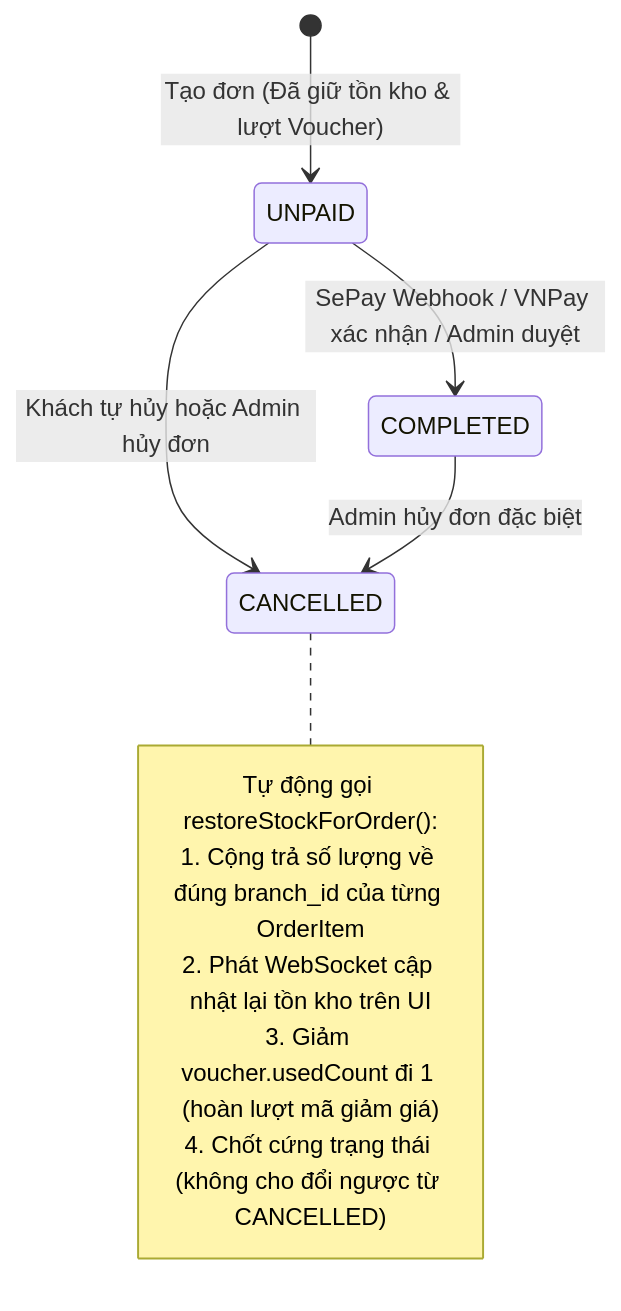
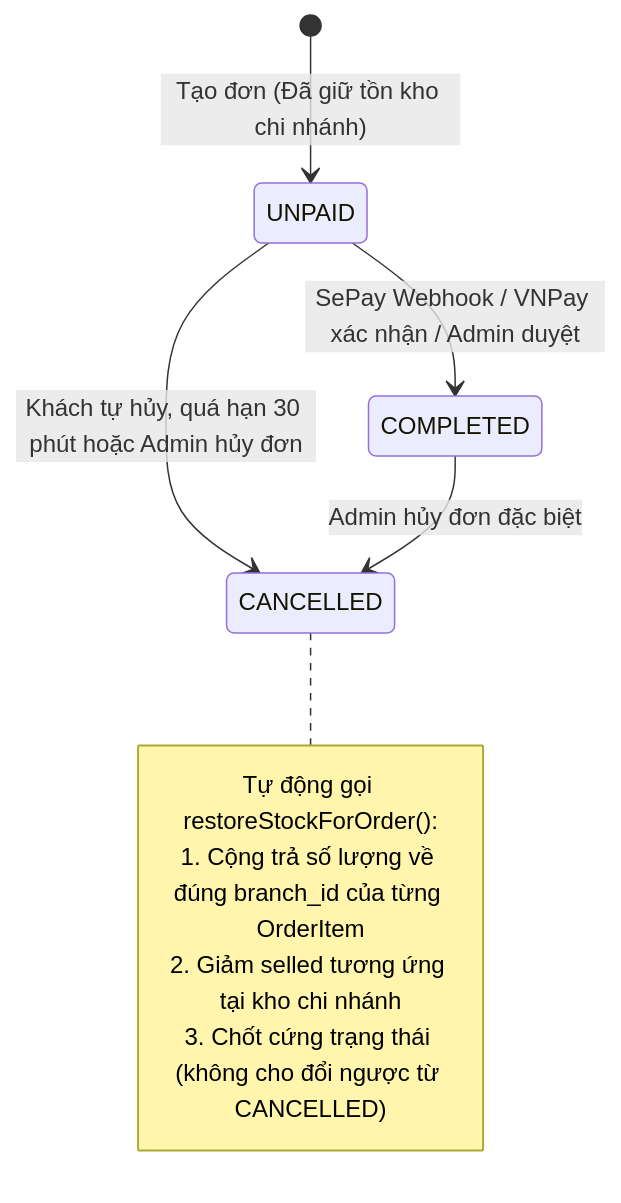
One commit to vankhuong-ui/BE_Computer changed the second of 2 diagrams in doc/flows/02-luong-gio-hang-dat-hang-kho-da-co-so.md. Above: the diagram before and after it, drawn with Mermaid. The commit also changed other lines of this file and 8 other files, not shown here.

````diff
--- a/doc/flows/02-luong-gio-hang-dat-hang-kho-da-co-so.md
+++ b/doc/flows/02-luong-gio-hang-dat-hang-kho-da-co-so.md
@@ -60,15 +53,14 @@
 ```mermaid
 stateDiagram-v2
-    [*] --> UNPAID : Tạo đơn (Đã giữ tồn kho & lượt Voucher)
+    [*] --> UNPAID : Tạo đơn (Đã giữ tồn kho chi nhánh)
     UNPAID --> COMPLETED : SePay Webhook / VNPay xác nhận / Admin duyệt
-    UNPAID --> CANCELLED : Khách tự hủy hoặc Admin hủy đơn
+    UNPAID --> CANCELLED : Khách tự hủy, quá hạn 30 phút hoặc Admin hủy đơn
     COMPLETED --> CANCELLED : Admin hủy đơn đặc biệt
 
     note right of CANCELLED
         Tự động gọi restoreStockForOrder():
         1. Cộng trả số lượng về đúng branch_id của từng OrderItem
-        2. Phát WebSocket cập nhật lại tồn kho trên UI
-        3. Giảm voucher.usedCount đi 1 (hoàn lượt mã giảm giá)
-        4. Chốt cứng trạng thái (không cho đổi ngược từ CANCELLED)
+        2. Giảm selled tương ứng tại kho chi nhánh
+        3. Chốt cứng trạng thái (không cho đổi ngược từ CANCELLED)
     end note
 ```
````
